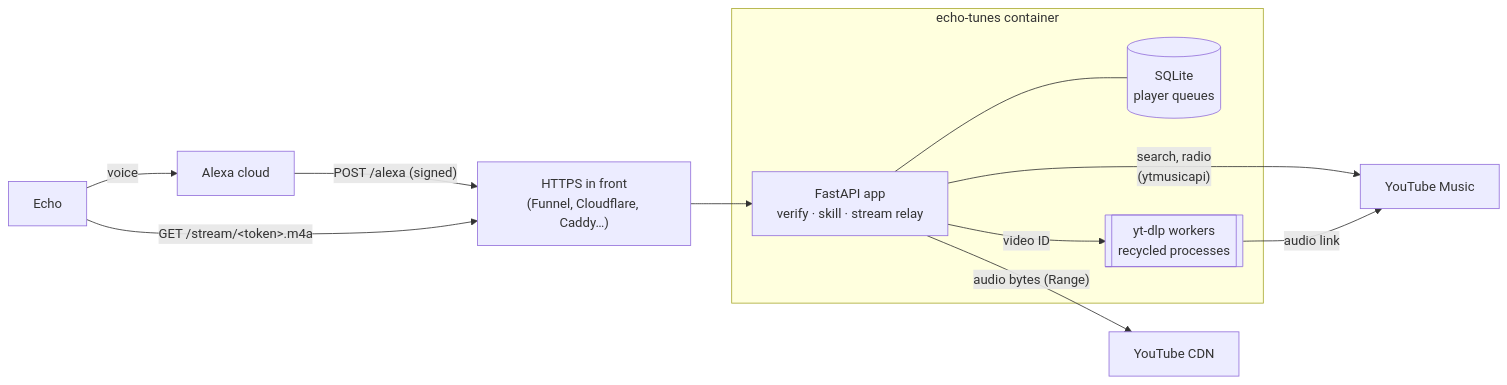
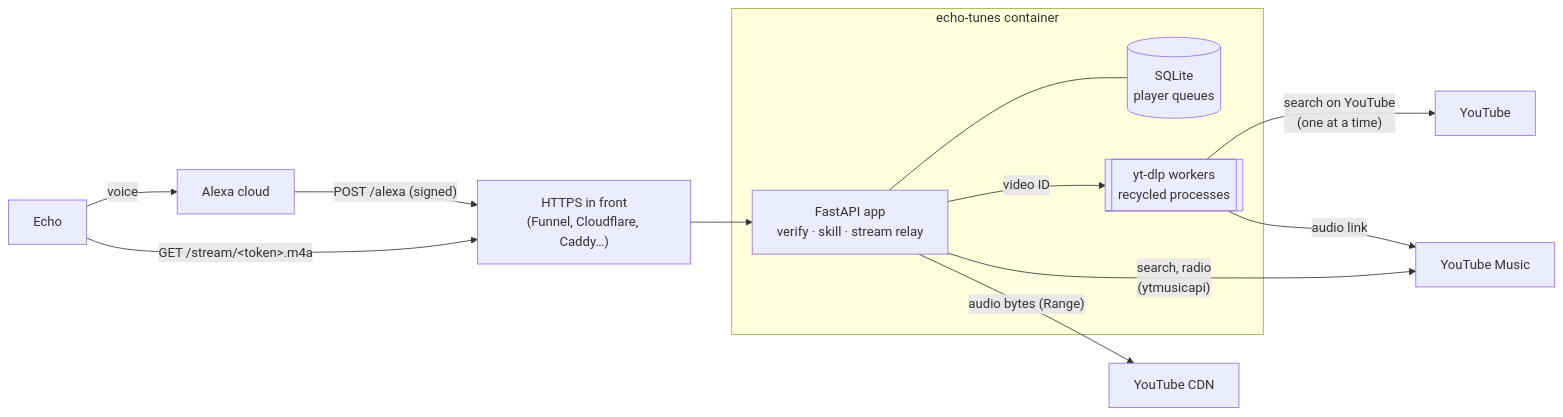
The diagram in docs/ARCHITECTURE.md (denzilrdz/echo-tunes), drawn with Mermaid before and after one commit. The commit also changed other lines of this file and 64 other files, not shown here.

First line of the commit message:
feat: play anything on YouTube, and sign in to the dashboard with Google (#28)

````diff
--- a/docs/ARCHITECTURE.md
+++ b/docs/ARCHITECTURE.md
@@ -3,19 +3,20 @@
 ```mermaid
 flowchart LR
     Echo[Echo] -- voice --> Alexa[Alexa cloud]
     Alexa -- "POST /alexa (signed)" --> Proxy
     Echo -- "GET /stream/&lt;token&gt;.m4a" --> Proxy
     Proxy["HTTPS in front<br/>(Funnel, Cloudflare, Caddy…)"] --> App
 
     subgraph Container[echo-tunes container]
         App[FastAPI app<br/>verify · skill · stream relay]
         Store[(SQLite<br/>player queues)]
         Workers[[yt-dlp workers<br/>recycled processes]]
         App --- Store
         App -- "video ID" --> Workers
     end
 
     App -- "search, radio<br/>(ytmusicapi)" --> YTM[YouTube Music]
+    Workers -- "search on YouTube<br/>(one at a time)" --> YT[YouTube]
     Workers -- "audio link" --> YTM
     App -- "audio bytes (Range)" --> CDN[YouTube CDN]
 ```
````
